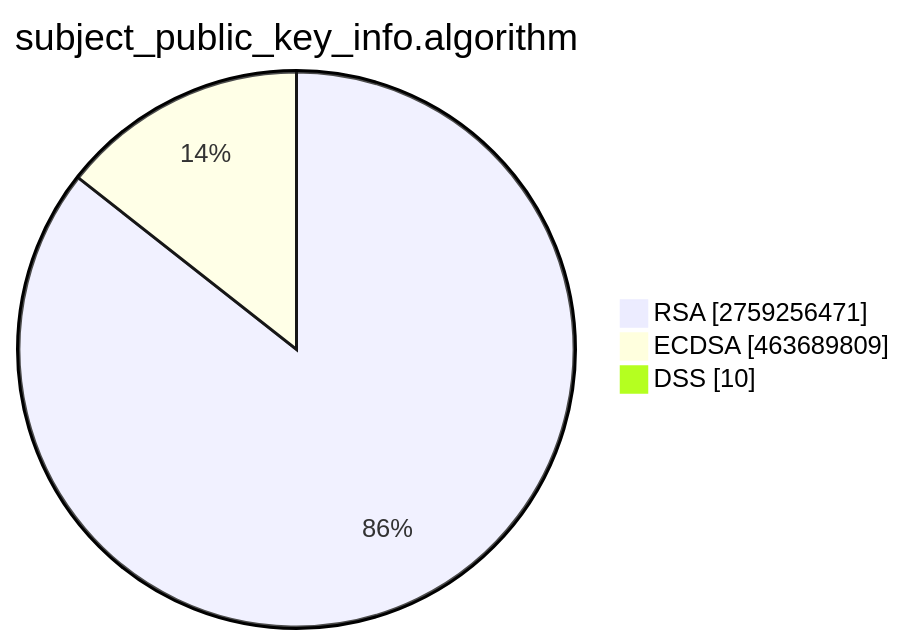
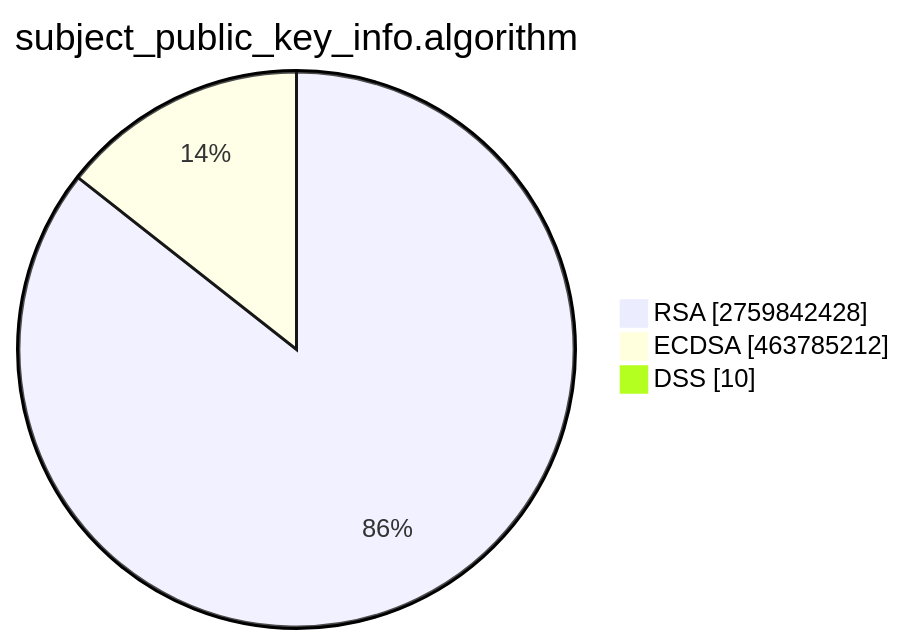
Before and after one commit to christiankrug/ctmonitor_visualization: the second of 15 diagrams in TOTAL/README.md, drawn with Mermaid. The commit also changed other lines of this file, not shown here.

````diff
--- a/TOTAL/README.md
+++ b/TOTAL/README.md
@@ -6,7 +6,7 @@
 ```mermaid
 pie showData
 title subject_public_key_info.algorithm
-"RSA" :2759256471
-"ECDSA" :463689809
+"RSA" :2759842428
+"ECDSA" :463785212
 "DSS" :10
 ```
````
